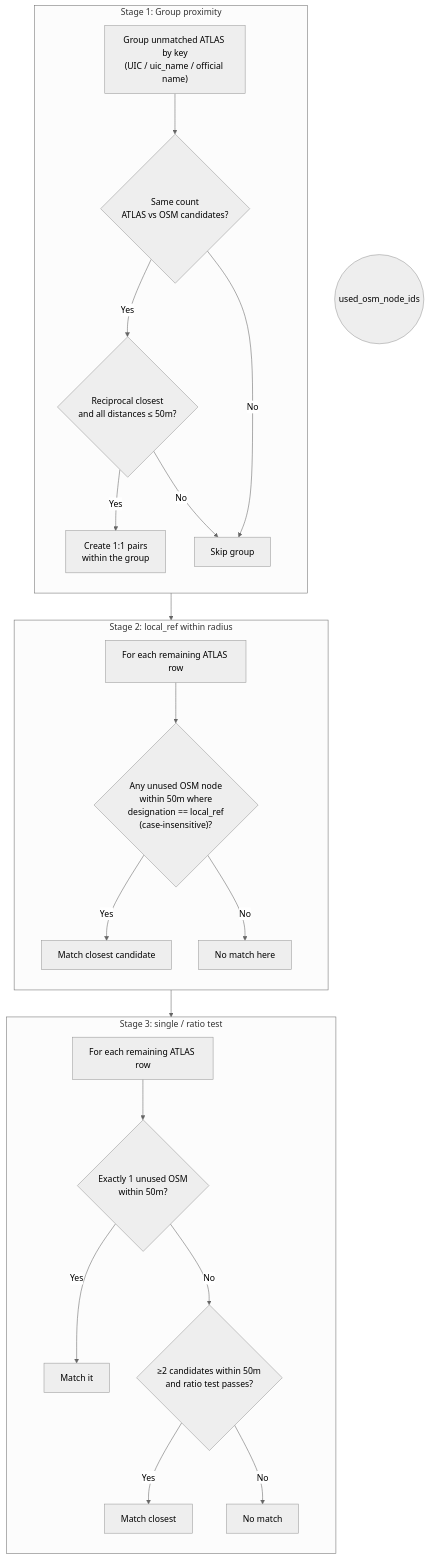
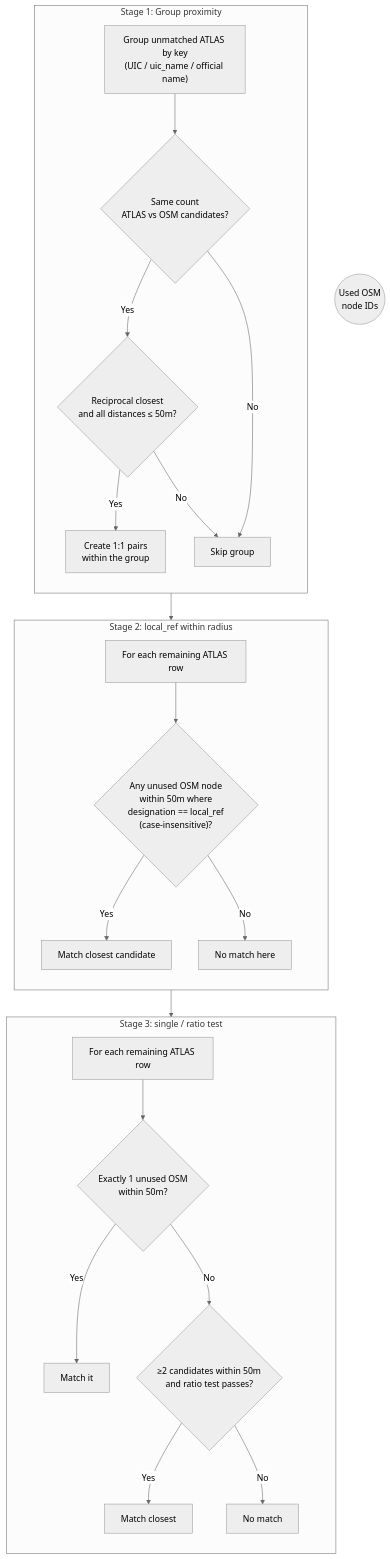
The diagram in documentation/2.3 Distance matching.md (openTdataCH/stop_sync_osm_atlas), drawn with Mermaid (neutral theme) before and after one commit. The commit also changed 6 other files, not shown here.

````diff
--- a/documentation/2.3 Distance matching.md
+++ b/documentation/2.3 Distance matching.md
@@ -5,31 +5,31 @@
 ```mermaid
 flowchart TB
-    U((used_osm_node_ids))
+    U(("Used OSM<br/>node IDs"))
 
     subgraph Stage1["Stage 1: Group proximity"]
         direction TB
         G1["Group unmatched ATLAS by key<br/>(UIC / uic_name / official name)"] --> G2{"Same count<br/>ATLAS vs OSM candidates?"}
         G2 -->|Yes| G3{"Reciprocal closest<br/>and all distances ≤ 50m?"}
         G3 -->|Yes| G4["Create 1:1 pairs<br/>within the group"]
         G2 -->|No| Gx["Skip group"]
         G3 -->|No| Gx
     end
 
     subgraph Stage2["Stage 2: local_ref within radius"]
         direction TB
         L1["For each remaining ATLAS row"] --> L2{"Any unused OSM node<br/>within 50m where<br/>designation == local_ref<br/>(case-insensitive)?"}
         L2 -->|Yes| L3["Match closest candidate"]
         L2 -->|No| Lx["No match here"]
     end
 
     subgraph Stage3["Stage 3: single / ratio test"]
         direction TB
         A1["For each remaining ATLAS row"] --> A2{"Exactly 1 unused OSM<br/>within 50m?"}
         A2 -->|Yes| A3["Match it"]
         A2 -->|No| A4{"≥2 candidates within 50m<br/>and ratio test passes?"}
         A4 -->|Yes| A5["Match closest"]
         A4 -->|No| Ax["No match"]
     end
 
     Stage1 --> Stage2 --> Stage3
 ```
````
